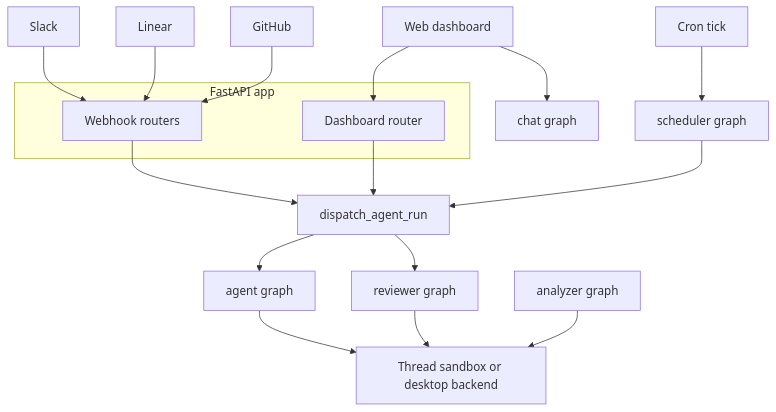
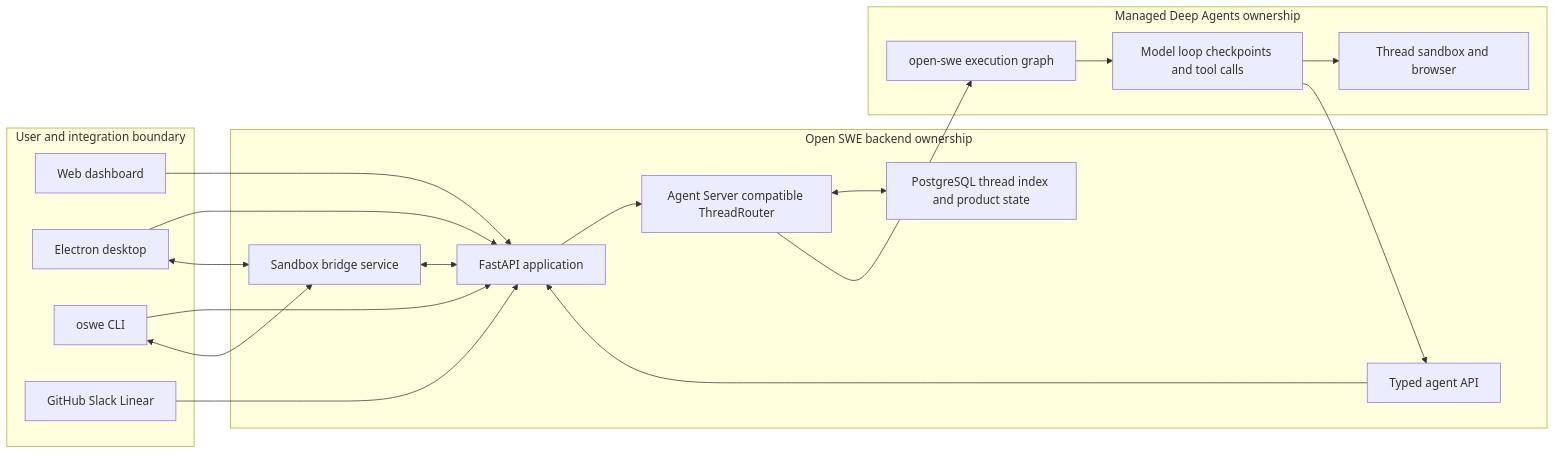
The diagram in openwiki/architecture/overview.md (langchain-ai/open-swe), drawn with Mermaid before and after one commit. The commit also changed other lines of this file and 77 other files, not shown here.

````diff
--- a/openwiki/architecture/overview.md
+++ b/openwiki/architecture/overview.md
@@ -75,23 +53,38 @@
 ```mermaid
-flowchart TD
-  Slack["Slack"] --> Webhooks["Webhook routers"]
-  Linear["Linear"] --> Webhooks
-  GitHub["GitHub"] --> Webhooks
-  Browser["Web dashboard"] --> Dashboard["Dashboard router"]
-  Cron["Cron tick"] --> Scheduler["scheduler graph"]
-
-  subgraph App["FastAPI app"]
-    Webhooks
-    Dashboard
+flowchart LR
+  subgraph Clients["User and integration boundary"]
+    Web["Web dashboard"]
+    Desk["Electron desktop"]
+    Cli["oswe CLI"]
+    Ext["GitHub Slack Linear"]
   end
 
-  Webhooks --> Dispatch["dispatch_agent_run"]
-  Dashboard --> Dispatch
-  Scheduler --> Dispatch
-  Dispatch --> Agent["agent graph"]
-  Dispatch --> Reviewer["reviewer graph"]
-  Agent --> Backend["Thread sandbox or desktop backend"]
-  Reviewer --> Backend
-  Analyzer["analyzer graph"] --> Backend
-  Browser --> Chat["chat graph"]
+  subgraph Backend["Open SWE backend ownership"]
+    Api["FastAPI application"]
+    Router["Agent Server compatible ThreadRouter"]
+    Pg["PostgreSQL thread index and product state"]
+    Typed["Typed agent API"]
+    Bridge["Sandbox bridge service"]
+  end
+
+  subgraph Runtime["Managed Deep Agents ownership"]
+    Mda["open-swe execution graph"]
+    Loop["Model loop checkpoints and tool calls"]
+    Box["Thread sandbox and browser"]
+  end
+
+  Web --> Api
+  Desk --> Api
+  Cli --> Api
+  Ext --> Api
+  Api --> Router
+  Router <--> Pg
+  Router --> Mda
+  Mda --> Loop
+  Loop --> Box
+  Loop --> Typed
+  Typed --> Api
+  Desk <--> Bridge
+  Cli <--> Bridge
+  Bridge <--> Api
 ```
````
